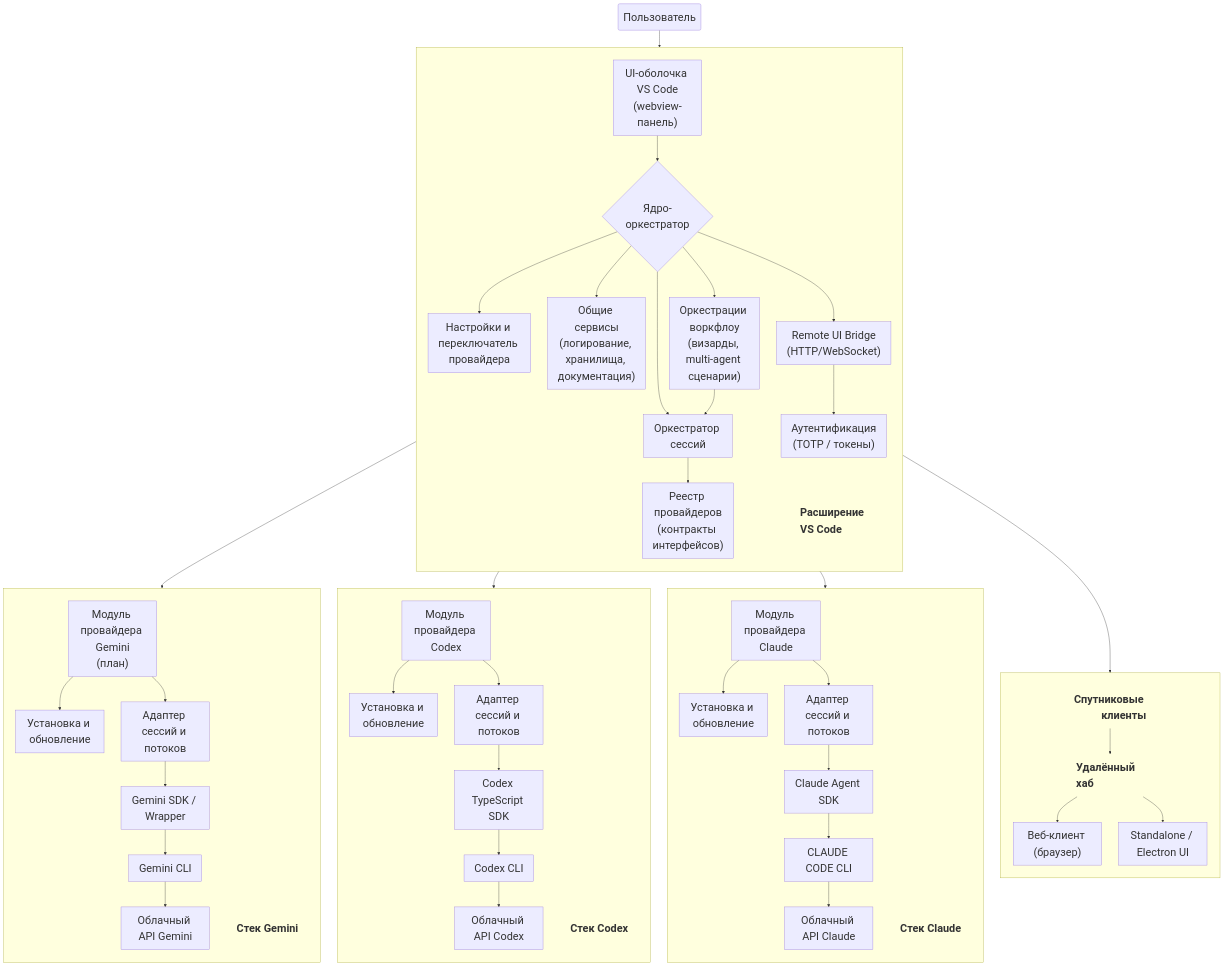
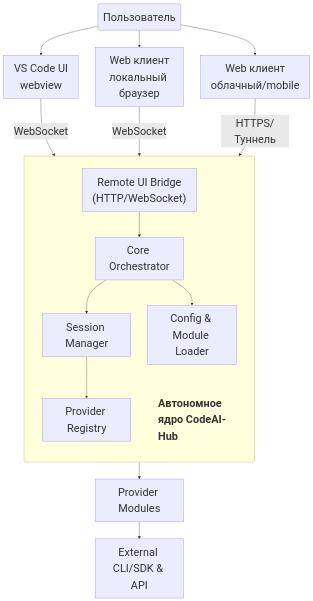
Before and after one commit to OleynikAleksandr/CodeAI-Hub: the diagram in doc/Project_Docs/SystemArchitecture/SystemArchitecture.md, drawn with Mermaid. The commit also changed other lines of this file and 59 other files, not shown here.

Commit message:
feat: v1.0.35 standalone web client parity

````diff
--- a/doc/Project_Docs/SystemArchitecture/SystemArchitecture.md
+++ b/doc/Project_Docs/SystemArchitecture/SystemArchitecture.md
@@ -14,70 +16,31 @@
 ```mermaid
 %%{init: {'themeVariables': { 'fontSize': '32px'}}}%%
 graph TD
-    User(Пользователь) --> UI
+    User(Пользователь) --> VSClient["VS Code UI<br/>webview"]
+    User --> LocalClient["Web клиент<br/>локальный браузер"]
+    User --> CloudClient["Web клиент<br/>облачный/mobile"]
 
-    subgraph clusterExtension[" "]
+    VSClient -->|WebSocket| RemoteBridge
+    LocalClient -->|WebSocket| RemoteBridge
+    CloudClient -->|HTTPS/Туннель| RemoteBridge
+
+    subgraph CoreCluster[" "]
         direction TB
-        ExtensionLabel["Расширение VS Code"]:::stackLabel
-        UI["UI-оболочка VS Code\n(webview-панель)"]
-        UI --> Core{Ядро-оркестратор}
-        Core --> Settings["Настройки и переключатель провайдера"]
-        Core --> SessionMgr["Оркестратор сессий"]
-        Core --> Shared["Общие сервисы\n(логирование, хранилища, документация)"]
-        Core --> Wizard["Оркестрации воркфлоу\n(визарды, multi-agent сценарии)"]
-        Core --> RemoteBridge["Remote UI Bridge\n(HTTP/WebSocket)"]
-        Wizard --> SessionMgr
-        SessionMgr --> Registry["Реестр провайдеров\n(контракты интерфейсов)"]
-        RemoteBridge --> AuthService["Аутентификация\n(TOTP / токены)"]
+        CoreLabel["Автономное ядро CodeAI-Hub"]:::stackLabel
+        RemoteBridge["Remote UI Bridge<br/>(HTTP/WebSocket)"]
+        Orchestrator["Core Orchestrator"]
+        SessionMgr["Session Manager"]
+        ProviderReg["Provider Registry"]
+        Config["Config & Module Loader"]
     end
 
-    Registry --> ClaudeProv["Модуль провайдера Claude"]
-    Registry --> CodexProv["Модуль провайдера Codex"]
-    Registry --> GeminiProv["Модуль провайдера Gemini\n(план)"]
+    RemoteBridge --> Orchestrator
+    Orchestrator --> SessionMgr
+    Orchestrator --> Config
+    SessionMgr --> ProviderReg
+    ProviderReg --> ProviderModules["Provider Modules"]
+    ProviderModules --> ExternalCLI["External CLI/SDK & API"]
 
-    subgraph RemoteClients[" "]
-        direction TB
-        RemoteLabel["Спутниковые клиенты"]:::stackLabelRight
-        RemoteLabel --> RemoteHub
-        RemoteHub["Удалённый хаб"]
-        RemoteHub --> BrowserClient["Веб-клиент (браузер)"]
-        RemoteHub --> ElectronClient["Standalone / Electron UI"]
-    end
-
-    RemoteBridge --> RemoteHub
-
-    subgraph ClaudeStack [" "]
-        direction TB
-        ClaudeLabel["Стек Claude"]:::stackLabel
-        ClaudeProv --> ClaudeInstaller["Установка и обновление"]
-        ClaudeProv --> ClaudeAdapter["Адаптер сессий и потоков"]
-        ClaudeAdapter --> ClaudeSDK["Claude Agent SDK"]
-        ClaudeSDK --> ClaudeCLI["CLAUDE CODE CLI"]
-        ClaudeCLI --> ClaudeAPI["Облачный API Claude"]
-    end
-
-    subgraph CodexStack [" "]
-        direction TB
-        CodexLabel["Стек Codex"]:::stackLabel
-        CodexProv --> CodexInstaller["Установка и обновление"]
-        CodexProv --> CodexAdapter["Адаптер сессий и потоков"]
-        CodexAdapter --> CodexSDK["Codex TypeScript SDK"]
-        CodexSDK --> CodexCLI["Codex CLI"]
-        CodexCLI --> CodexAPI["Облачный API Codex"]
-    end
-
-    subgraph GeminiStack [" "]
-        direction TB
-        GeminiLabel["Стек Gemini"]:::stackLabel
-        GeminiProv --> GeminiInstaller["Установка и обновление"]
-        GeminiProv --> GeminiAdapter["Адаптер сессий и потоков"]
-        GeminiAdapter --> GeminiSDK["Gemini SDK / Wrapper"]
-        GeminiSDK --> GeminiCLI["Gemini CLI"]
-        GeminiCLI --> GeminiAPI["Облачный API Gemini"]
-    end
-
-    class RemoteHub stackLabel;
-    class RemoteLabel stackLabelRight;
+    class CoreLabel stackLabel;
     classDef stackLabel text-align:left,fill:transparent,stroke:transparent,font-weight:bold;
-    classDef stackLabelRight text-align:right,fill:transparent,stroke:transparent,font-weight:bold;
 ```
````
